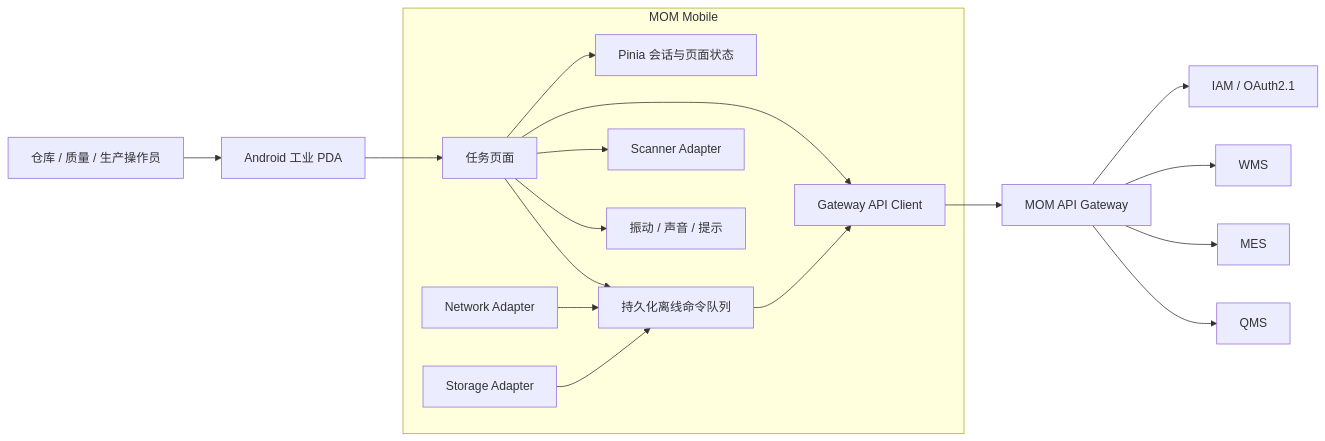
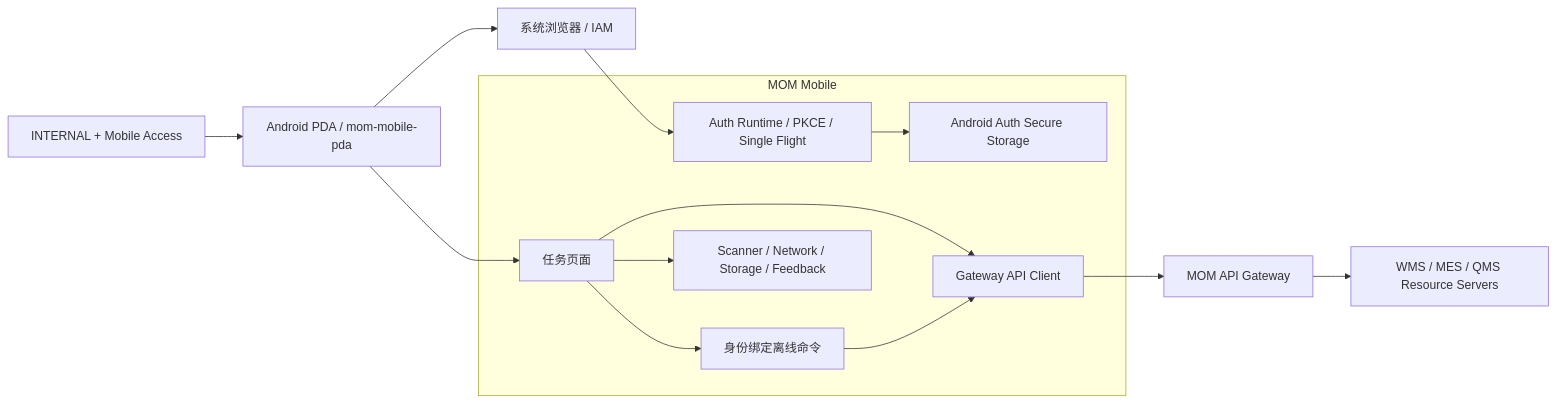
One commit to Chris-co-shi/mom-mobile changed the diagram in README.md. Above: the diagram before and after it, drawn with Mermaid. The commit also changed other lines of this file and 10 other files, not shown here.

Commit message:
docs(auth): align mobile architecture with P1.5 security baseline

````diff
--- a/README.md
+++ b/README.md
@@ -71,37 +76,30 @@
 ```mermaid
 flowchart LR
-    Operator[仓库 / 质量 / 生产操作员]
-    PDA[Android 工业 PDA]
+    Operator[INTERNAL + Mobile Access]
+    Browser[系统浏览器 / IAM]
+    PDA[Android PDA / mom-mobile-pda]
 
     subgraph Mobile[MOM Mobile]
+        Auth[Auth Runtime / PKCE / Single Flight]
+        Secure[Android Auth Secure Storage]
         Pages[任务页面]
-        Store[Pinia 会话与页面状态]
         API[Gateway API Client]
-        Offline[持久化离线命令队列]
-        Scanner[Scanner Adapter]
-        Network[Network Adapter]
-        Storage[Storage Adapter]
-        Feedback[振动 / 声音 / 提示]
+        Offline[身份绑定离线命令]
+        Adapters[Scanner / Network / Storage / Feedback]
     end
 
     Gateway[MOM API Gateway]
-    IAM[IAM / OAuth2.1]
-    WMS[WMS]
-    MES[MES]
-    QMS[QMS]
+    Services[WMS / MES / QMS Resource Servers]
 
-    Operator --> PDA --> Pages
-    Pages --> Store
-    Pages --> Scanner
+    Operator --> PDA
+    PDA --> Browser
+    Browser --> Auth
+    Auth --> Secure
+    PDA --> Pages
     Pages --> API
     Pages --> Offline
-    Network --> Offline
+    Pages --> Adapters
     Offline --> API
     API --> Gateway
-    Gateway --> IAM
-    Gateway --> WMS
-    Gateway --> MES
-    Gateway --> QMS
-    Storage --> Offline
-    Pages --> Feedback
+    Gateway --> Services
 ```
````
